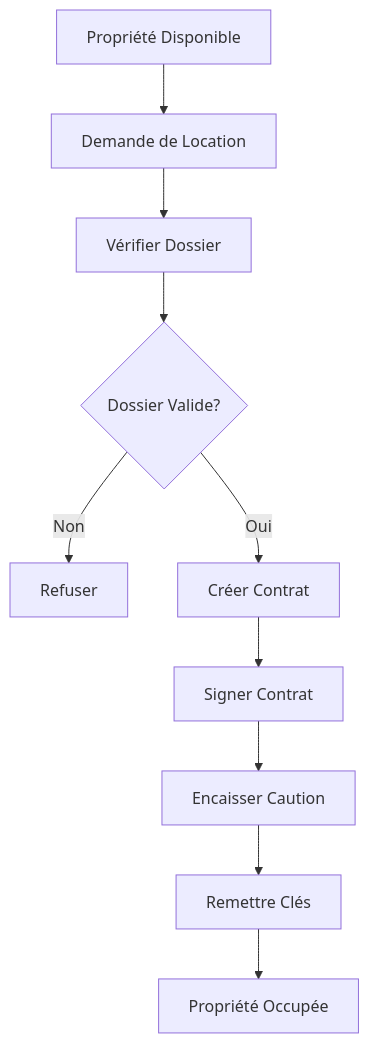
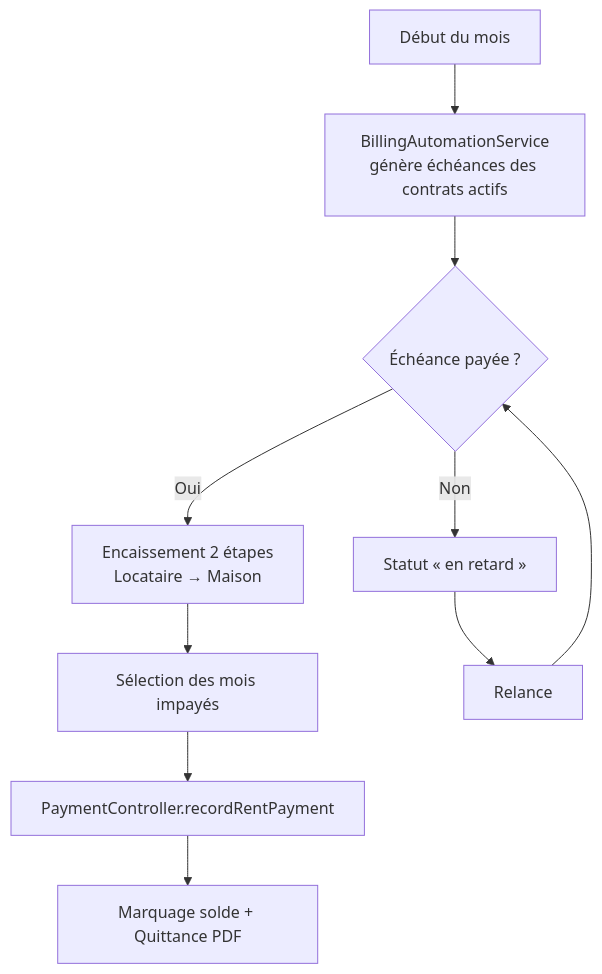
One commit to Louiscarlos2508/elyf-group-app-showcase changed the first of 2 diagrams in immobilier/README.md. Above: the diagram before and after it, drawn with Mermaid. The commit also changed other lines of this file and 6 other files, not shown here.

````diff
--- a/immobilier/README.md
+++ b/immobilier/README.md
@@ -120,12 +236,12 @@
 ```mermaid
 graph TD
-    A[Propriété Disponible] --> B[Demande de Location]
-    B --> C[Vérifier Dossier]
-    C --> D{Dossier Valide?}
-    D -->|Non| E[Refuser]
-    D -->|Oui| F[Créer Contrat]
-    F --> G[Signer Contrat]
-    G --> H[Encaisser Caution]
-    H --> I[Remettre Clés]
-    I --> J[Propriété Occupée]
+    A[Début du mois] --> B[BillingAutomationService<br/>génère échéances des contrats actifs]
+    B --> C{Échéance payée ?}
+    C -->|Oui| D[Encaissement 2 étapes<br/>Locataire → Maison]
+    D --> E[Sélection des mois impayés]
+    E --> F[PaymentController.recordRentPayment]
+    F --> G[Marquage solde + Quittance PDF]
+    C -->|Non| H[Statut « en retard »]
+    H --> I[Relance]
+    I --> C
 ```
````
